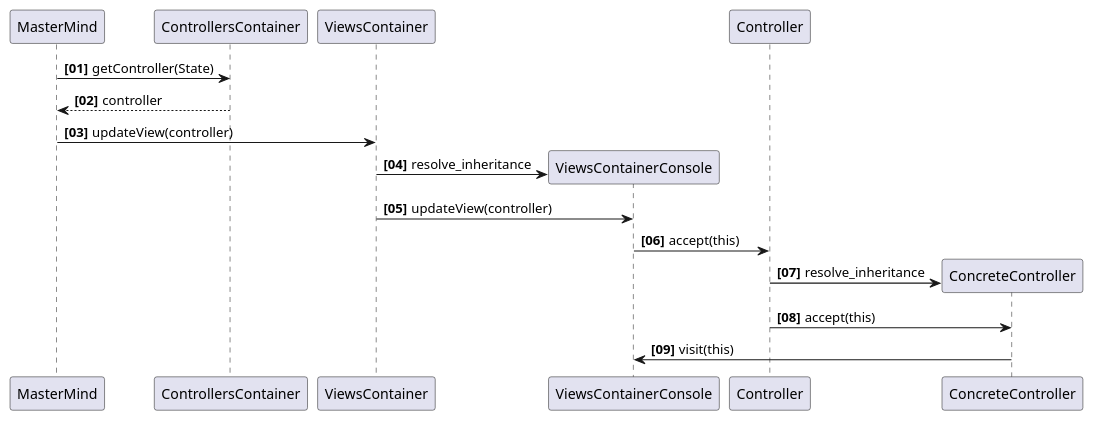
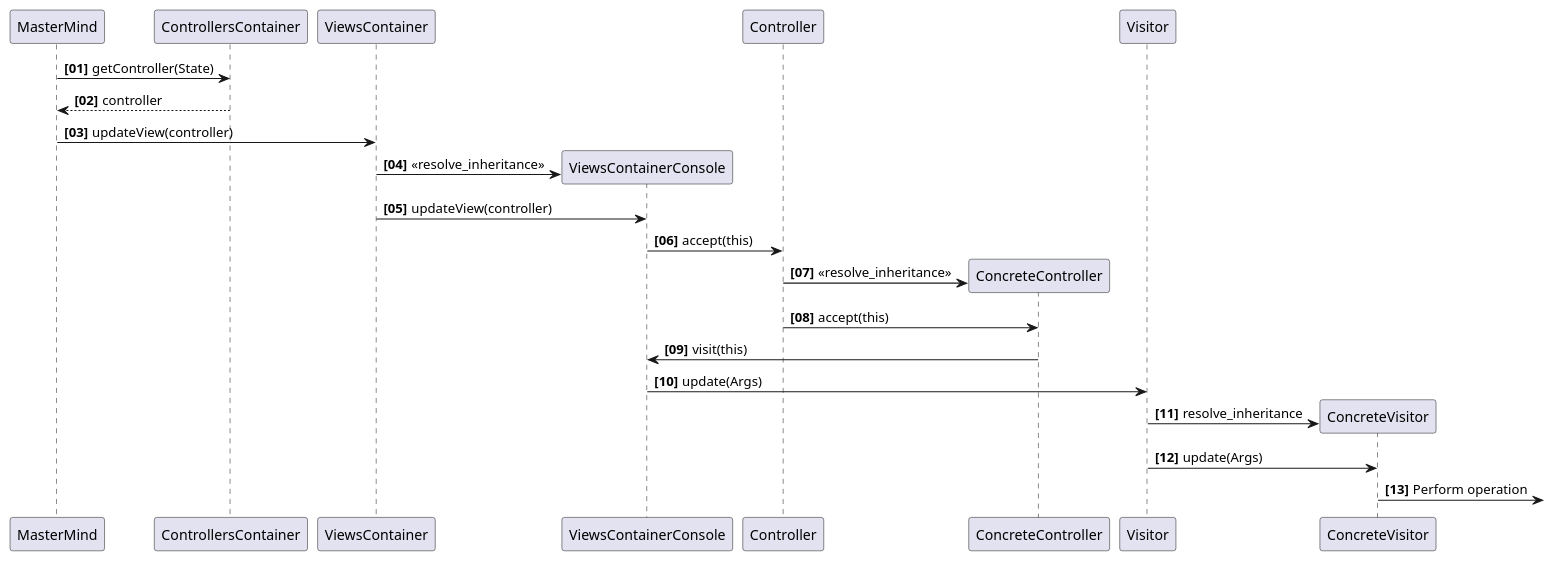
One commit to ciscoruiz/mastermind changed the diagram in doc/mastermind.visitor.puml. Above: the diagram before and after it, drawn with PlantUML.

Commit message:
Improve sequence diagram for visitor

```diff
--- a/doc/mastermind.visitor.puml
+++ b/doc/mastermind.visitor.puml
@@ -1,20 +1,26 @@
 @startuml
 autonumber "<b>[00]"
 
 MasterMind -> ControllersContainer: getController(State)
 ControllersContainer --> MasterMind: controller
 
 MasterMind -> ViewsContainer: updateView(controller)
 create ViewsContainerConsole
-ViewsContainer -> ViewsContainerConsole: resolve_inheritance
+ViewsContainer -> ViewsContainerConsole: <<resolve_inheritance>>
 ViewsContainer -> ViewsContainerConsole: updateView(controller)
 
 ViewsContainerConsole -> Controller : accept(this)
 
 create ConcreteController
-Controller -> ConcreteController :  resolve_inheritance
+Controller -> ConcreteController : <<resolve_inheritance>>
 Controller -> ConcreteController : accept(this)
 
 ConcreteController -> ViewsContainerConsole : visit(this)
 
+ViewsContainerConsole -> Visitor : update(Args)
+create ConcreteVisitor
+Visitor -> ConcreteVisitor :  resolve_inheritance
+Visitor -> ConcreteVisitor : update(Args)
+ConcreteVisitor ->] : Perform operation
+
 @enduml
```
